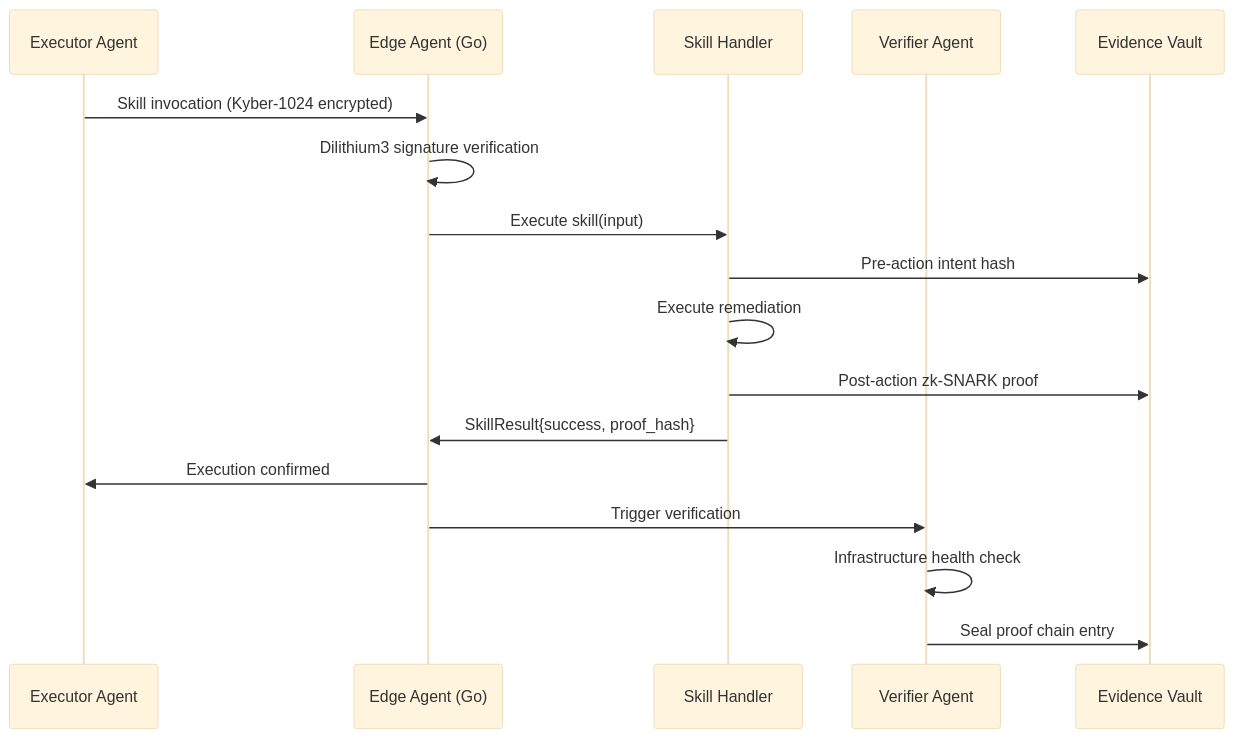
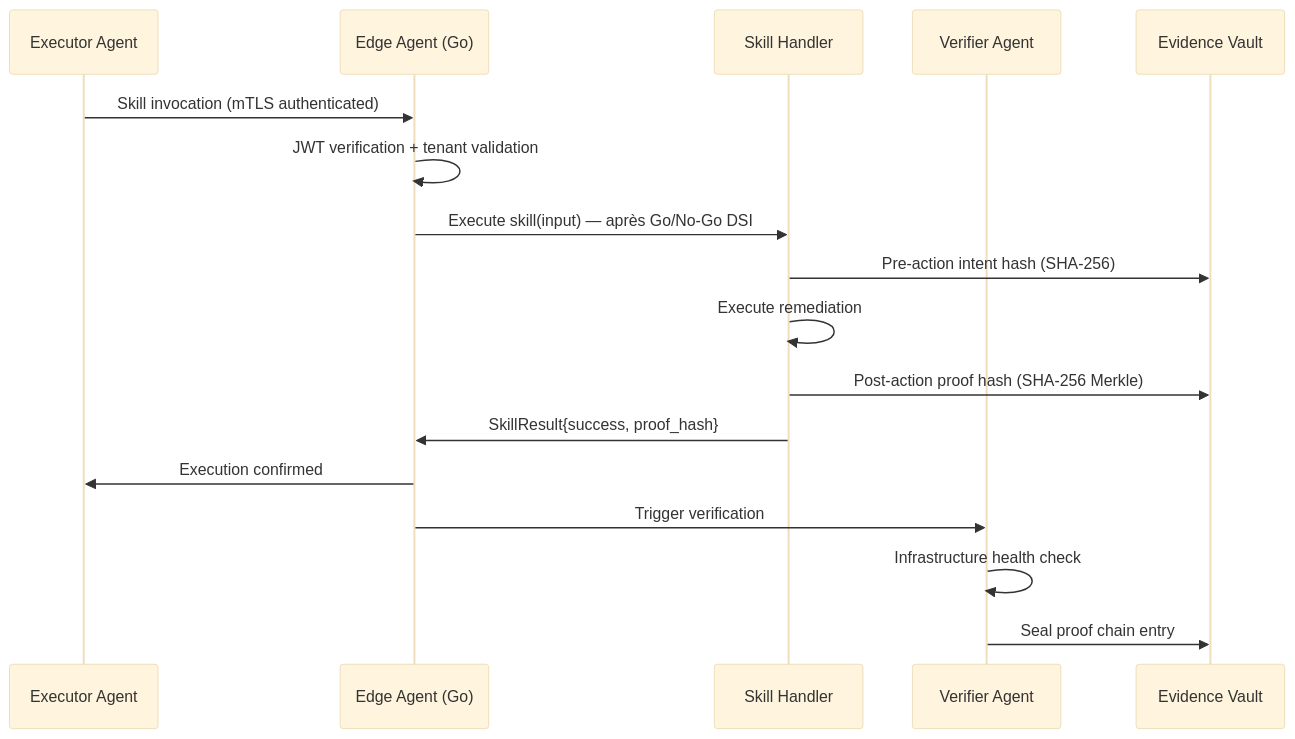
Before and after one commit to lemoalvivien-cmyk/edge-proof-keeper: the second of 2 diagrams in sentinel-immune-agent/README.md, drawn with Mermaid (base theme). The commit also changed other lines of this file and 2 other files, not shown here.

````diff
--- a/sentinel-immune-agent/README.md
+++ b/sentinel-immune-agent/README.md
@@ -59,20 +62,20 @@
 ```mermaid
 sequenceDiagram
     participant Executor as Executor Agent
     participant Edge as Edge Agent (Go)
     participant Skill as Skill Handler
     participant Verifier as Verifier Agent
     participant Vault as Evidence Vault
 
-    Executor->>Edge: Skill invocation (Kyber-1024 encrypted)
-    Edge->>Edge: Dilithium3 signature verification
-    Edge->>Skill: Execute skill(input)
-    Skill->>Vault: Pre-action intent hash
+    Executor->>Edge: Skill invocation (mTLS authenticated)
+    Edge->>Edge: JWT verification + tenant validation
+    Edge->>Skill: Execute skill(input) — après Go/No-Go DSI
+    Skill->>Vault: Pre-action intent hash (SHA-256)
     Skill->>Skill: Execute remediation
-    Skill->>Vault: Post-action zk-SNARK proof
+    Skill->>Vault: Post-action proof hash (SHA-256 Merkle)
     Skill->>Edge: SkillResult{success, proof_hash}
     Edge->>Executor: Execution confirmed
     Edge->>Verifier: Trigger verification
     Verifier->>Verifier: Infrastructure health check
     Verifier->>Vault: Seal proof chain entry
 ```
````
